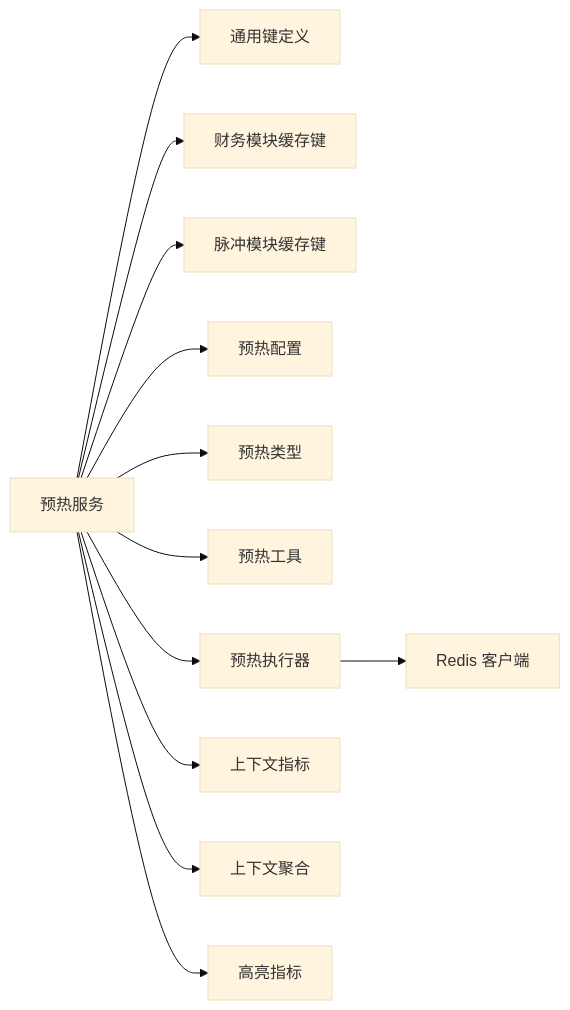
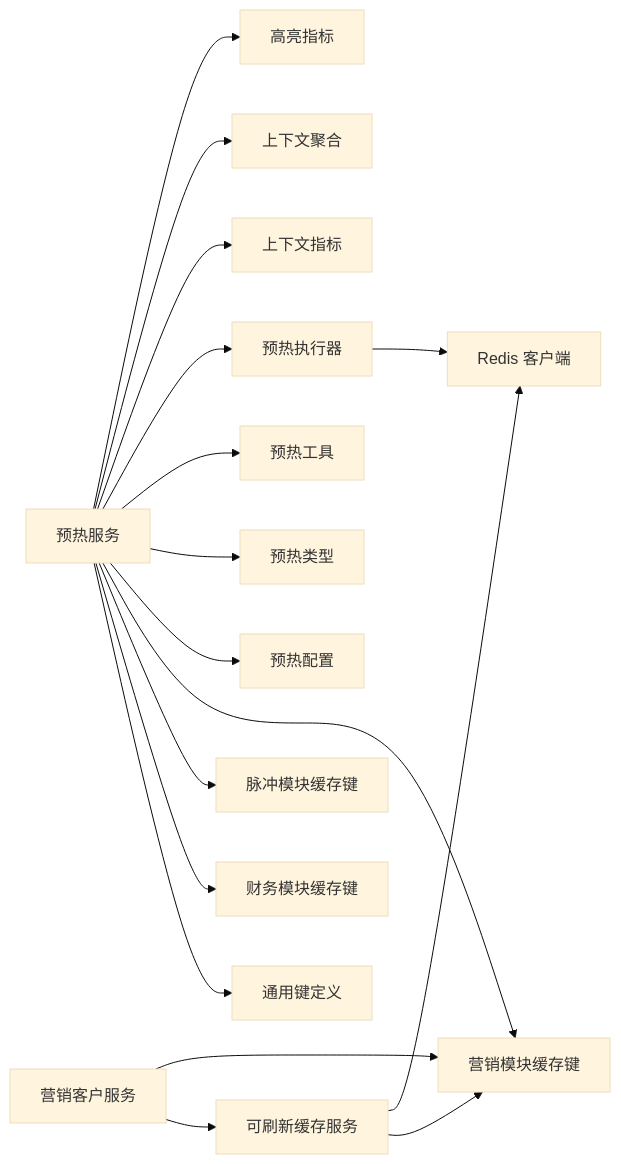
The fourth of 4 diagrams in .qoder/repowiki/zh/content/缓存系统/缓存策略设计.md (rc558620/purelyprofit-server), drawn with Mermaid (base theme) before and after one commit. The commit also changed other lines of this file and 80 other files, not shown here.

````diff
--- a/.qoder/repowiki/zh/content/缓存系统/缓存策略设计.md
+++ b/.qoder/repowiki/zh/content/缓存系统/缓存策略设计.md
@@ -331,14 +417,19 @@
 ```mermaid
 graph LR
 CPS["预热服务"] --> CK["通用键定义"]
 CPS --> FCK["财务模块缓存键"]
 CPS --> PCK["脉冲模块缓存键"]
+CPS --> MCK["营销模块缓存键"]
 CPS --> CPC["预热配置"]
 CPS --> CPT["预热类型"]
 CPS --> CPU["预热工具"]
 CPS --> CPE["预热执行器"]
 CPE --> RS["Redis 客户端"]
 CPS --> RMACP["上下文指标"]
 CPS --> RMCPC["上下文聚合"]
 CPS --> RMHCP["高亮指标"]
+RCS["可刷新缓存服务"] --> MCK
+RCS --> RS
+MCS["营销客户服务"] --> RCS
+MCS --> MCK
 ```
````
